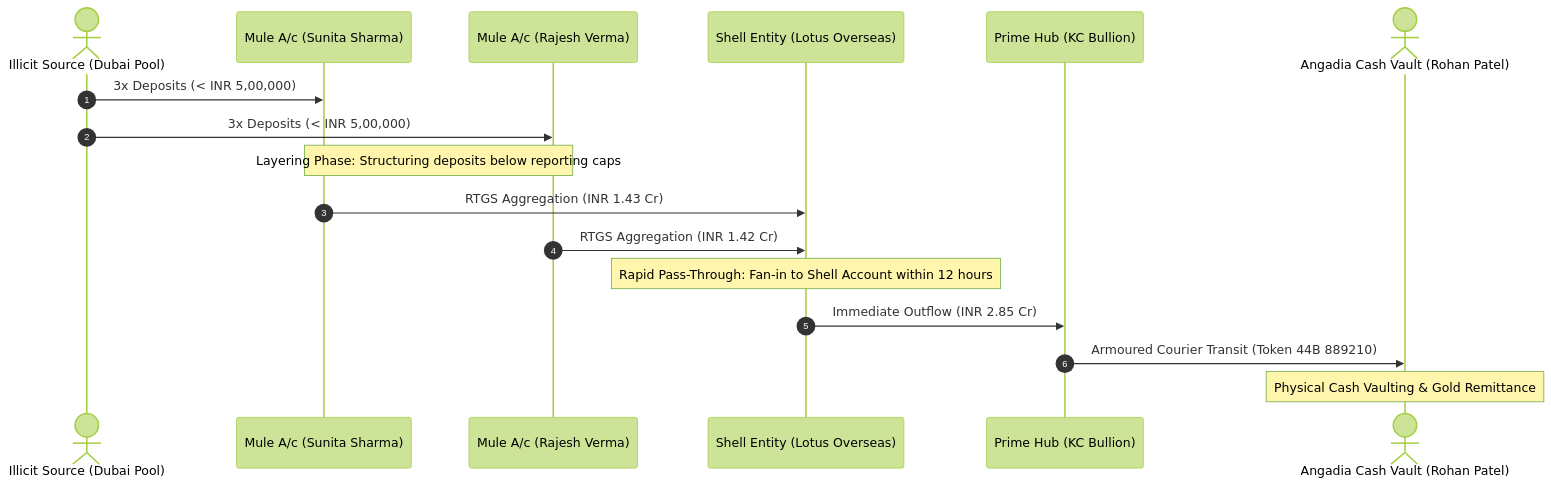
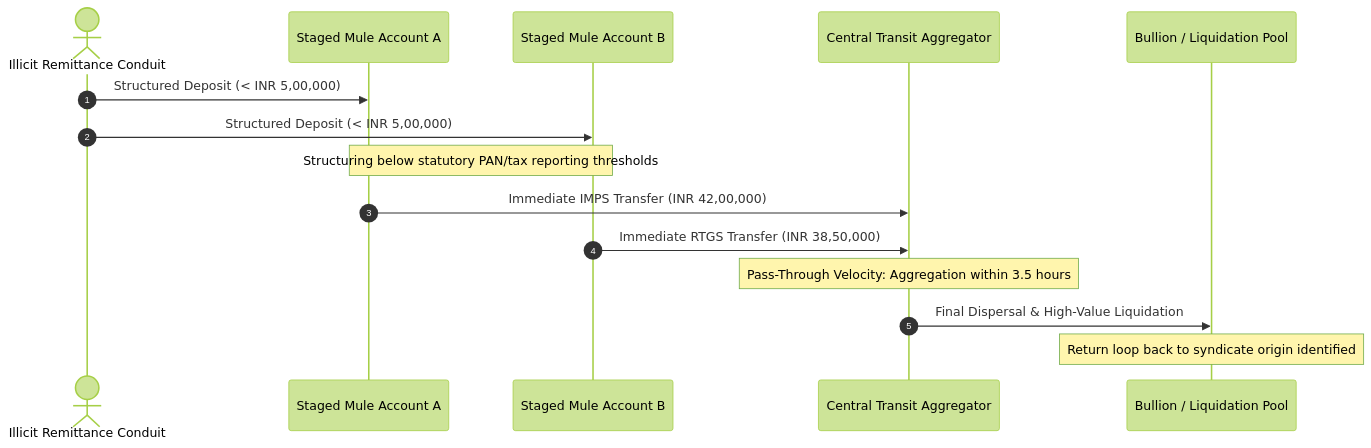
One commit to yatharth202-jpg/Case-Connect changed the fourth of 5 diagrams in README.md. Above: the diagram before and after it, drawn with Mermaid (forest theme). The commit also changed other lines of this file and 35 other files, not shown here.

Commit message:
feat: complete CaseConnect dual-engine architecture, 3D sovereign India map, and Section 63 BSA dossier engine

````diff
--- a/README.md
+++ b/README.md
@@ -121,20 +126,18 @@
 ```mermaid
 sequenceDiagram
     autonumber
-    actor ForeignRemitter as Illicit Source (Dubai Pool)
-    participant Mule1 as Mule A/c (Sunita Sharma)
-    participant Mule2 as Mule A/c (Rajesh Verma)
-    participant ShellCo as Shell Entity (Lotus Overseas)
-    participant Bullion as Prime Hub (KC Bullion)
-    actor Angadia as Angadia Cash Vault (Rohan Patel)
+    actor Source as Illicit Remittance Conduit
+    participant MuleA as Staged Mule Account A
+    participant MuleB as Staged Mule Account B
+    participant Transit as Central Transit Aggregator
+    participant Settlement as Bullion / Liquidation Pool
 
-    ForeignRemitter->>Mule1: 3x Deposits (< INR 5,00,000)
-    ForeignRemitter->>Mule2: 3x Deposits (< INR 5,00,000)
-    Note over Mule1,Mule2: Layering Phase: Structuring deposits below reporting caps
-    Mule1->>ShellCo: RTGS Aggregation (INR 1.43 Cr)
-    Mule2->>ShellCo: RTGS Aggregation (INR 1.42 Cr)
-    Note over ShellCo: Rapid Pass-Through: Fan-in to Shell Account within 12 hours
-    ShellCo->>Bullion: Immediate Outflow (INR 2.85 Cr)
-    Bullion->>Angadia: Armoured Courier Transit (Token 44B 889210)
-    Note over Angadia: Physical Cash Vaulting & Gold Remittance
+    Source->>MuleA: Structured Deposit (< INR 5,00,000)
+    Source->>MuleB: Structured Deposit (< INR 5,00,000)
+    Note over MuleA,MuleB: Structuring below statutory PAN/tax reporting thresholds
+    MuleA->>Transit: Immediate IMPS Transfer (INR 42,00,000)
+    MuleB->>Transit: Immediate RTGS Transfer (INR 38,50,000)
+    Note over Transit: Pass-Through Velocity: Aggregation within 3.5 hours
+    Transit->>Settlement: Final Dispersal & High-Value Liquidation
+    Note over Settlement: Return loop back to syndicate origin identified
 ```
````
